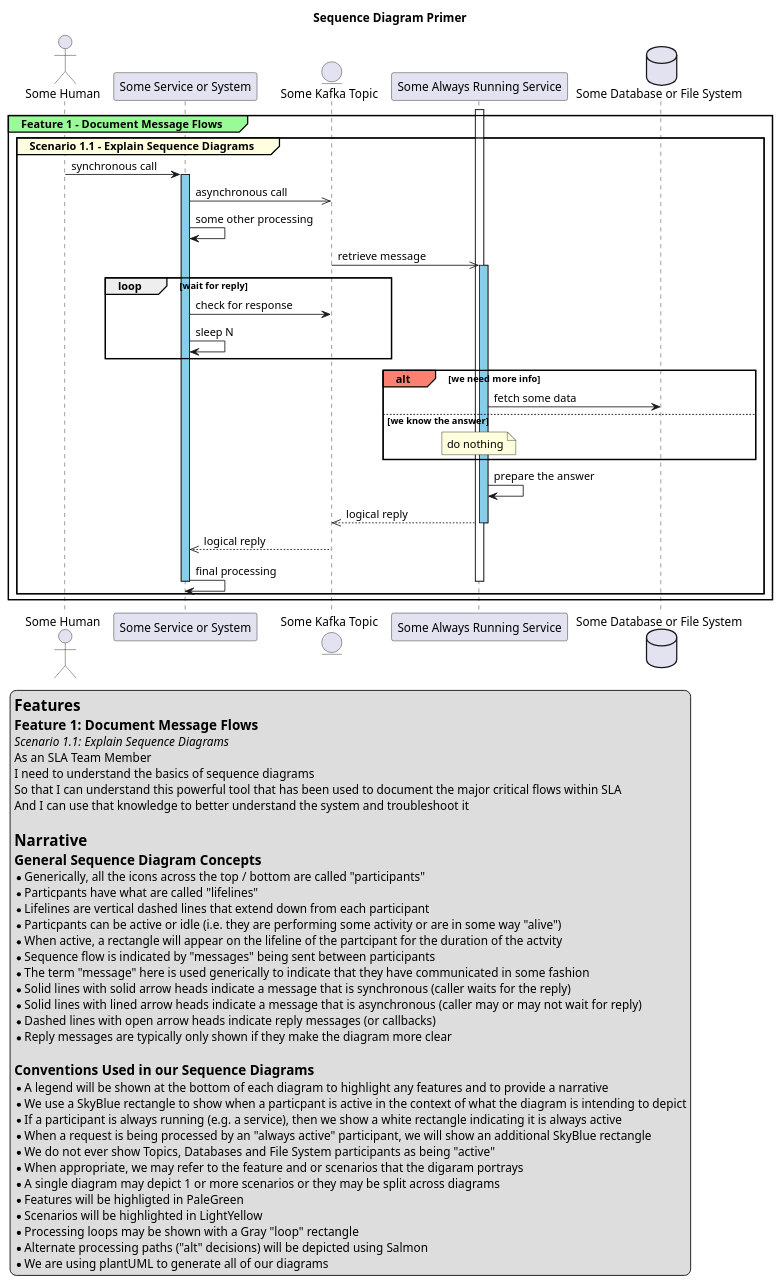
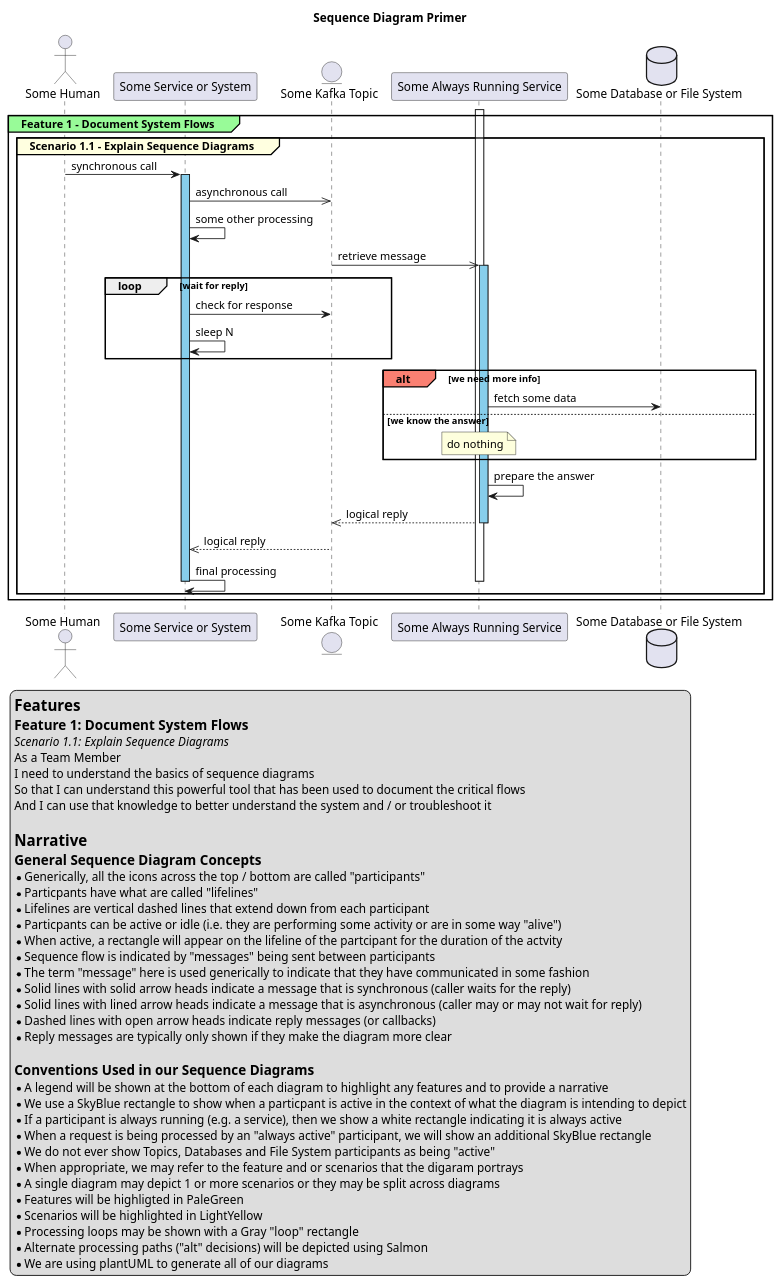
One commit to teknobility/synovus changed the diagram in sequence_diagrams/README.md. Above: the diagram before and after it, drawn with PlantUML.

Commit message:
tweak example

````diff
--- a/sequence_diagrams/README.md
+++ b/sequence_diagrams/README.md
@@ -18,76 +18,76 @@
 ```plantuml
 @startuml
 title Sequence Diagram Primer
 
 actor "Some Human" as human
 participant "Some Service or System" as system1
 entity "Some Kafka Topic" as topic
 participant "Some Always Running Service" as system2
 database "Some Database or File System" as db_or_fs
 
-group#PaleGreen Feature 1 - Document Message Flows
+group#PaleGreen Feature 1 - Document System Flows
   group#LightYellow Scenario 1.1 - Explain Sequence Diagrams
     activate system2
     human -> system1++ #SkyBlue: synchronous call
     system1 ->> topic: asynchronous call
     system1 -> system1: some other processing
     topic ->> system2++ #SkyBlue: retrieve message
     loop wait for reply
       system1 -> topic: check for response
       system1 -> system1: sleep N
     end
     alt#Salmon we need more info
       system2 -> db_or_fs: fetch some data
     else we know the answer
       note over system2
         do nothing
       end note
     end
     system2 -> system2: prepare the answer
     system2 -->> topic: logical reply
     deactivate system2
     topic -->> system1: logical reply
     system1 -> system1--: final processing
     deactivate system2
   end
 end
 
 legend left
   =Features
-  ==Feature 1: Document Message Flows
+  ==Feature 1: Document System Flows
   ====Scenario 1.1: Explain Sequence Diagrams
-  As an SLA Team Member
+  As a Team Member
   I need to understand the basics of sequence diagrams
-  So that I can understand this powerful tool that has been used to document the major critical flows within SLA
-  And I can use that knowledge to better understand the system and troubleshoot it
+  So that I can understand this powerful tool that has been used to document the critical flows
+  And I can use that knowledge to better understand the system and / or troubleshoot it
 
   =Narrative
   ==General Sequence Diagram Concepts
   *Generically, all the icons across the top / bottom are called "participants"
   *Particpants have what are called "lifelines"
   *Lifelines are vertical dashed lines that extend down from each participant
   *Particpants can be active or idle (i.e. they are performing some activity or are in some way "alive")
   *When active, a rectangle will appear on the lifeline of the partcipant for the duration of the actvity
   *Sequence flow is indicated by "messages" being sent between participants
   *The term "message" here is used generically to indicate that they have communicated in some fashion
   *Solid lines with solid arrow heads indicate a message that is synchronous (caller waits for the reply)
   *Solid lines with lined arrow heads indicate a message that is asynchronous (caller may or may not wait for reply)
   *Dashed lines with open arrow heads indicate reply messages (or callbacks)
   *Reply messages are typically only shown if they make the diagram more clear
 
   ==Conventions Used in our Sequence Diagrams
   *A legend will be shown at the bottom of each diagram to highlight any features and to provide a narrative
   *We use a SkyBlue rectangle to show when a particpant is active in the context of what the diagram is intending to depict
   *If a participant is always running (e.g. a service), then we show a white rectangle indicating it is always active
   *When a request is being processed by an "always active" participant, we will show an additional SkyBlue rectangle
   *We do not ever show Topics, Databases and File System participants as being "active"
   *When appropriate, we may refer to the feature and or scenarios that the digaram portrays
   *A single diagram may depict 1 or more scenarios or they may be split across diagrams
   *Features will be highligted in PaleGreen
   *Scenarios will be highlighted in LightYellow
   *Processing loops may be shown with a Gray "loop" rectangle
   *Alternate processing paths ("alt" decisions) will be depicted using Salmon
   *We are using plantUML to generate all of our diagrams
 end legend
 @enduml
 ```
````
